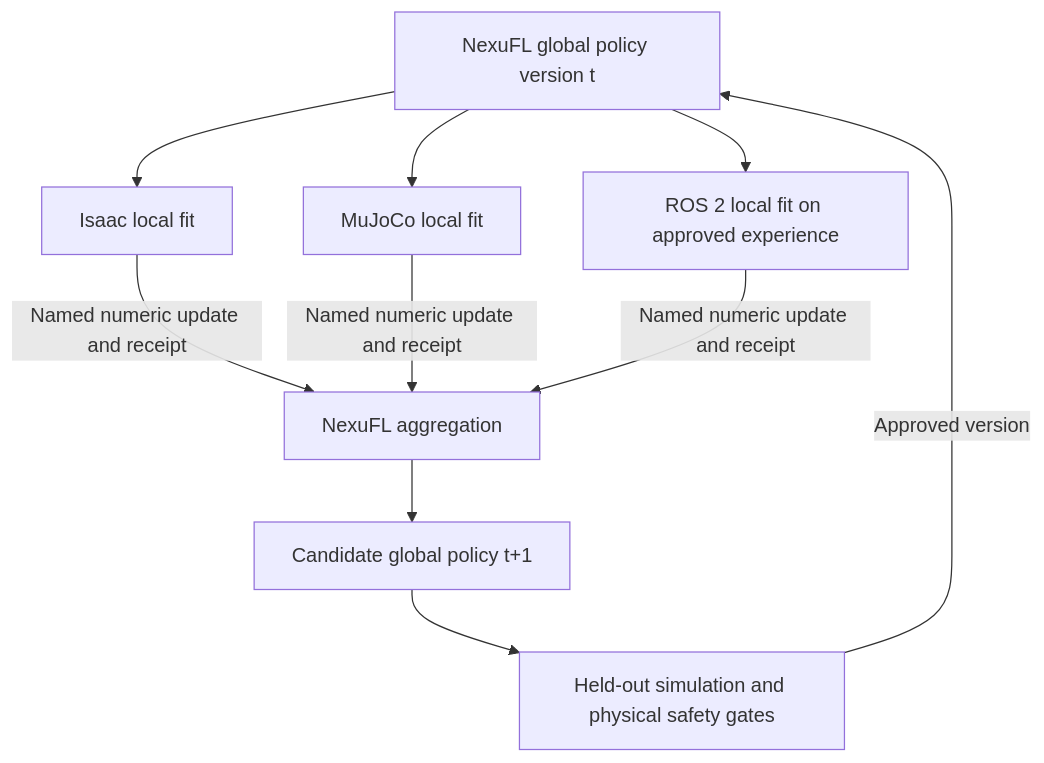
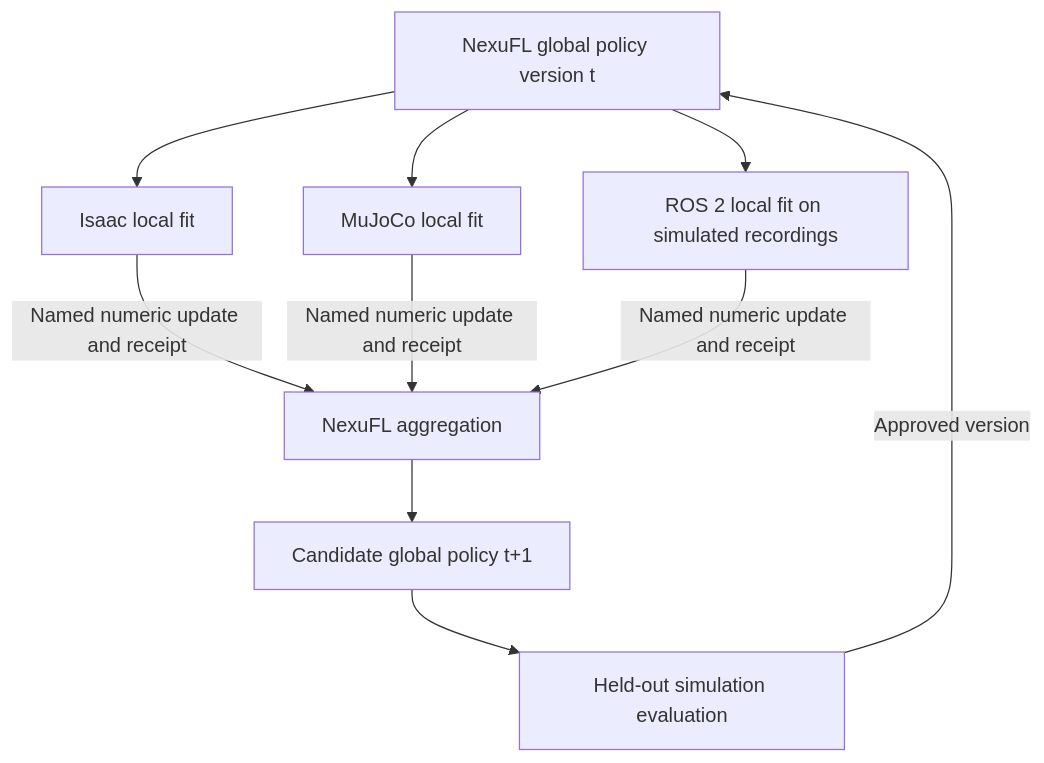
One commit to NexuFed/NexuML changed the second of 2 diagrams in openspec/changes/decouple-simulation-learning-and-evaluation/design.md. Above: the diagram before and after it, drawn with Mermaid. The commit also changed other lines of this file and 4 other files, not shown here.

Commit message:
Use simulated ROS 2 acceptance (NEX-212)

````diff
--- a/openspec/changes/decouple-simulation-learning-and-evaluation/design.md
+++ b/openspec/changes/decouple-simulation-learning-and-evaluation/design.md
@@ -99,12 +99,12 @@
 ```mermaid
 flowchart TD
     G[NexuFL global policy version t] --> I[Isaac local fit]
     G --> M[MuJoCo local fit]
-    G --> R[ROS 2 local fit on approved experience]
+    G --> R[ROS 2 local fit on simulated recordings]
     I -->|Named numeric update and receipt| A[NexuFL aggregation]
     M -->|Named numeric update and receipt| A
     R -->|Named numeric update and receipt| A
     A --> V[Candidate global policy t+1]
-    V --> E[Held-out simulation and physical safety gates]
+    V --> E[Held-out simulation evaluation]
     E -->|Approved version| G
 ```
````
